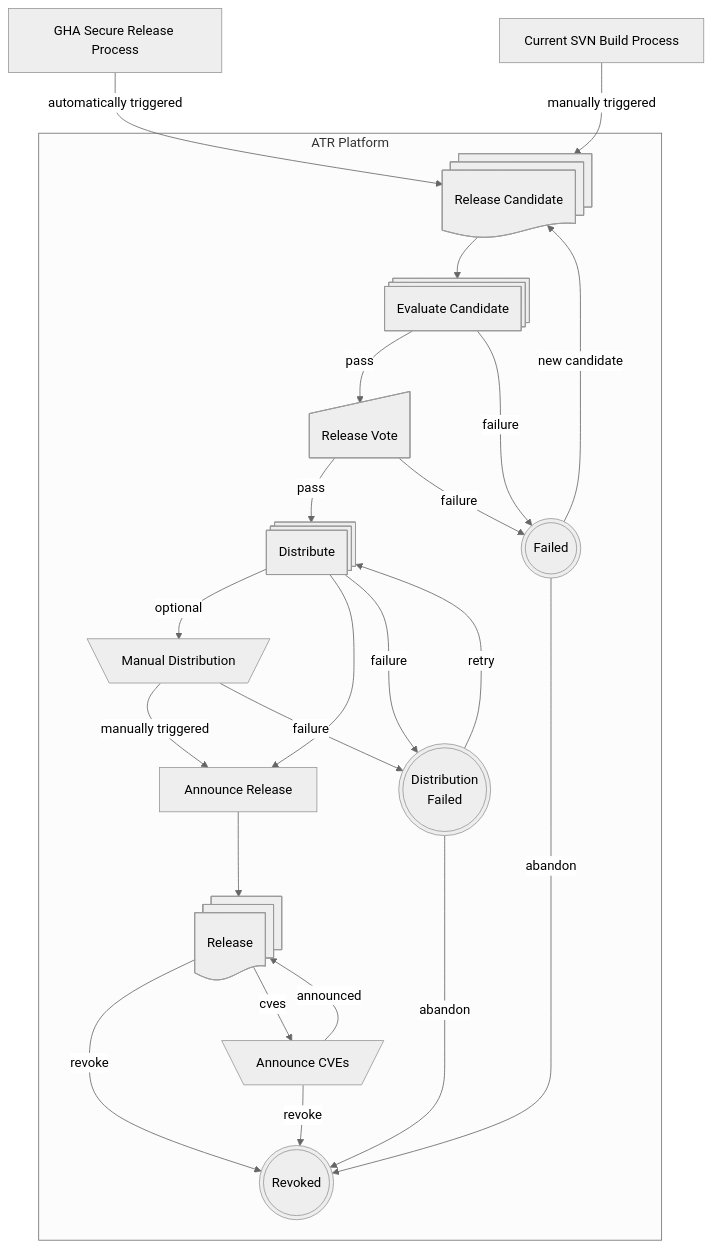
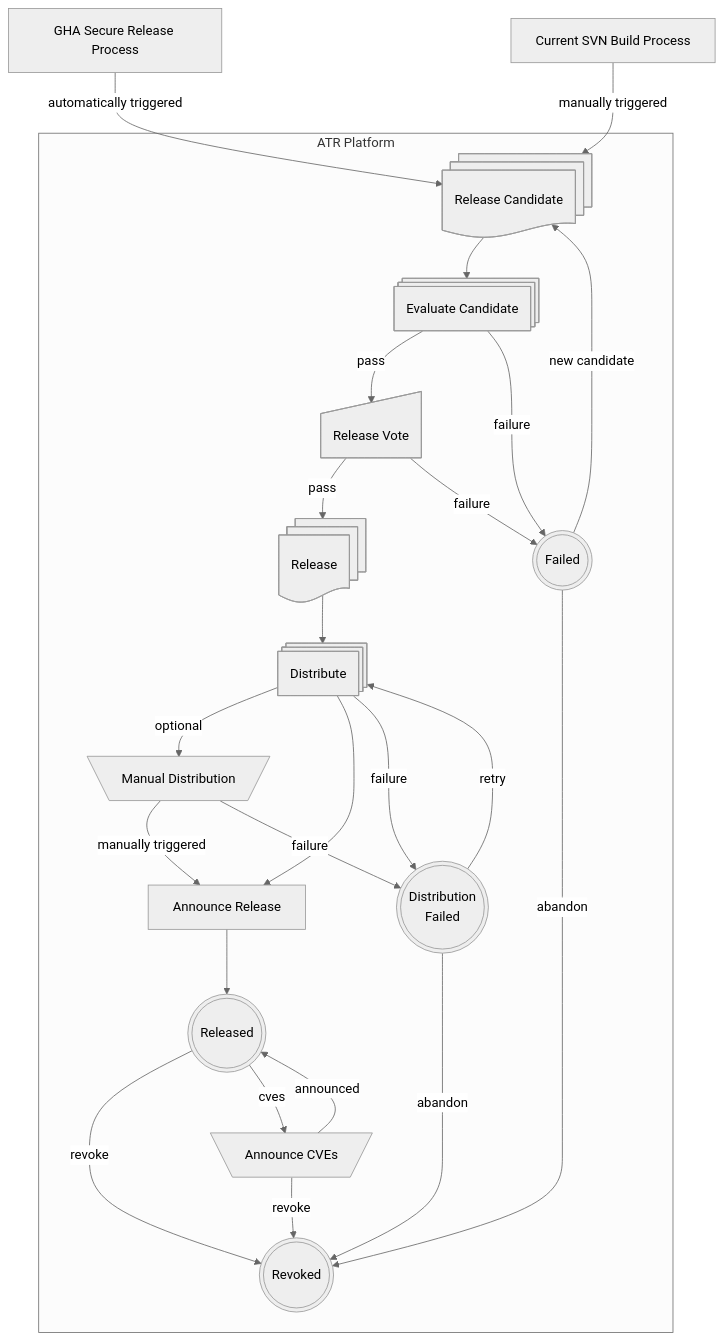
One commit to jbampton/tooling-docs changed the diagram in apache-trusted-release/lifecycle.md. Above: the diagram before and after it, drawn with Mermaid (neutral theme).

Commit message:
Differentiate between the Release and the released state

````diff
--- a/apache-trusted-release/lifecycle.md
+++ b/apache-trusted-release/lifecycle.md
@@ -3,39 +3,41 @@
 ```mermaid
 flowchart TD
     A[GHA Secure Release Process]
     B[Current SVN Build Process]
     C@{ shape: docs, label: "Release Candidate" }
     A -->|automatically triggered| C
     B -->|manually triggered| C
     subgraph ATR Platform
     D@{ shape: processes, label: "Evaluate Candidate" }
     C --> D
     E@{ shape: sl-rect, label: "Release Vote" }
     F@{ shape: dbl-circ, label: "Failed" }
     FF@{ shape: dbl-circ, label: "Distribution\nFailed" }
     D -->|pass| E
     D -->|failure| F
     F -->|new candidate| C
     F -->|abandon| K
     FF -->|retry| G
     FF -->|abandon| K
     G@{ shape: processes, label: "Distribute" }
-    E -->|pass| G
+    E -->|pass| JJ
     E -->|failure| F
     H@{ shape: trap-t, label: "Manual Distribution" }
     G -->|optional| H
     I[Announce Release]
     G --> I
     G -->|failure| FF
     H -->|manually triggered| I
     H -->|failure| FF
-    J@{ shape: docs, label: "Release" }
+    J@{ shape: dbl-circ, label: "Released" }
+    JJ@{ shape: docs, label: "Release" }
+    JJ --> G
     I --> J
     K@{ shape: dbl-circ, label: "Revoked" }
     L@{ shape: trap-t, label: "Announce CVEs" }
     J -->|revoke| K
     J -->|cves| L
     L -->|announced| J
     L -->|revoke| K
     end
 ```
````
